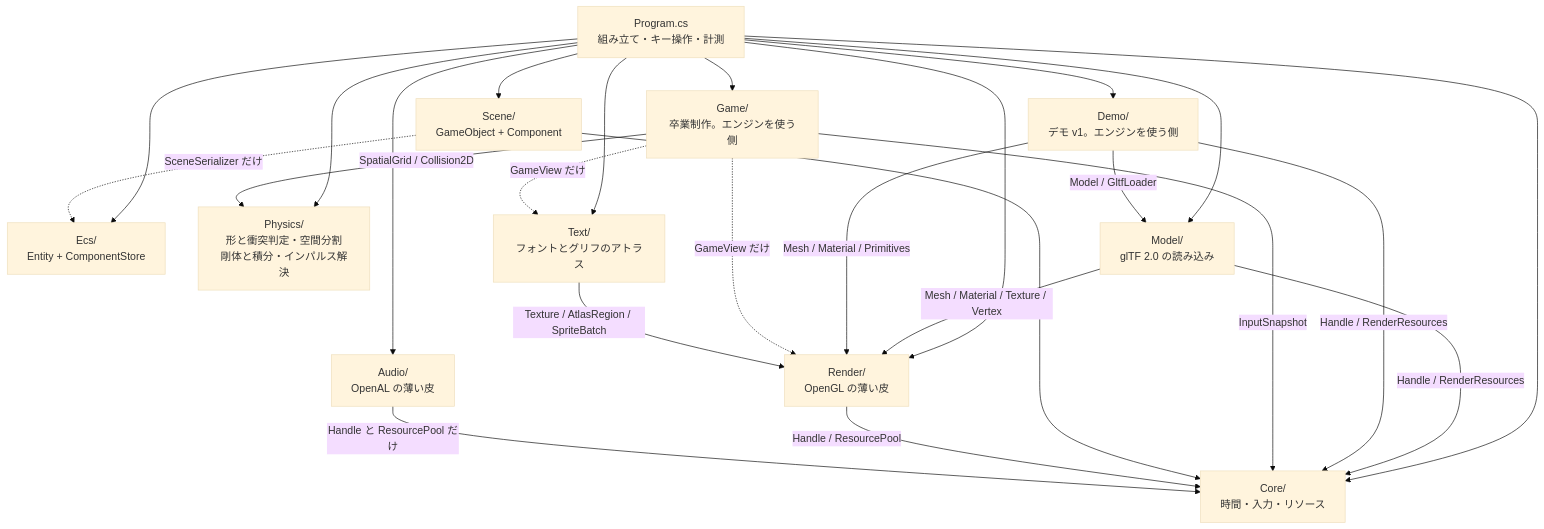
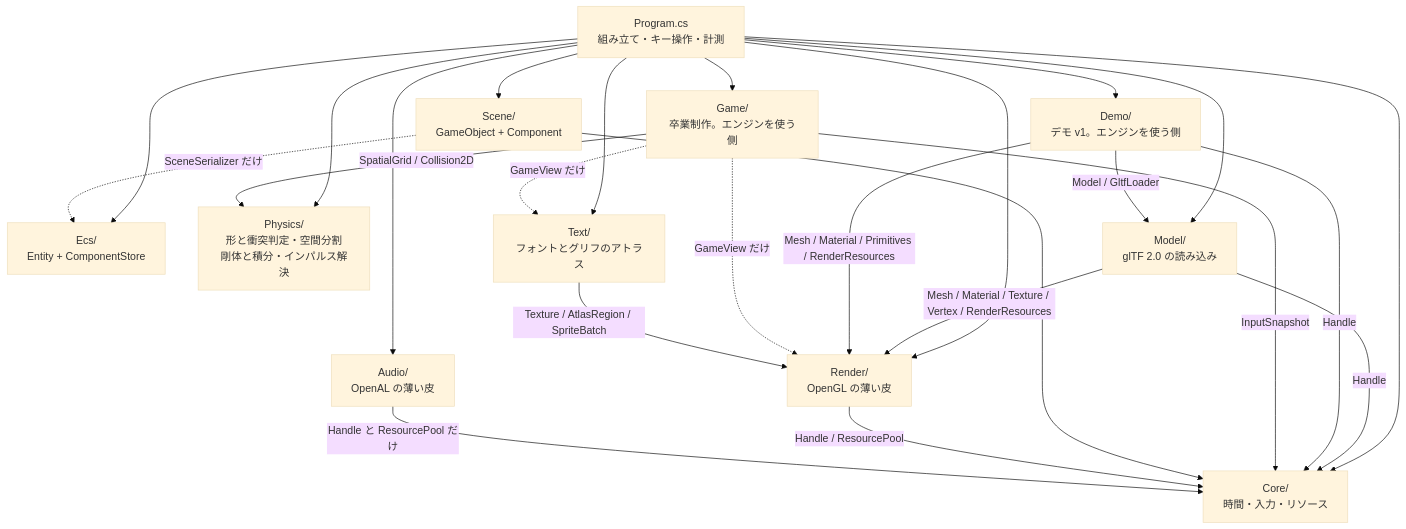
Before and after one commit to honyax/honya-game-engine: the first of 41 diagrams in docs/plans/Day43.md, drawn with Mermaid (base theme). The commit also changed other lines of this file and 20 other files, not shown here.

First line of the commit message:
docs: Day31〜51 の設計書を RenderResources への改名・移動に合わせる

````diff
--- a/docs/plans/Day43.md
+++ b/docs/plans/Day43.md
@@ -581,39 +581,39 @@
 ```mermaid
 graph TD
     DM["Demo/<br/>デモ v1。エンジンを使う側"]
     G["Game/<br/>卒業制作。エンジンを使う側"]
     P["Program.cs<br/>組み立て・キー操作・計測"]
     S["Scene/<br/>GameObject + Component"]
     E["Ecs/<br/>Entity + ComponentStore"]
     PH["Physics/<br/>形と衝突判定・空間分割<br/>剛体と積分・インパルス解決"]
     T["Text/<br/>フォントとグリフのアトラス"]
     MD["Model/<br/>glTF 2.0 の読み込み"]
     R["Render/<br/>OpenGL の薄い皮"]
     A["Audio/<br/>OpenAL の薄い皮"]
     C["Core/<br/>時間・入力・リソース"]
 
     P --> DM
     P --> G
     P --> S
     P --> E
     P --> PH
     P --> T
     P --> MD
     P --> R
     P --> A
     P --> C
-    MD -->|"Mesh / Material / Texture / Vertex"| R
-    MD -->|"Handle / RenderResources"| C
-    DM -->|"Mesh / Material / Primitives"| R
+    MD -->|"Mesh / Material / Texture / Vertex / RenderResources"| R
+    MD -->|"Handle"| C
+    DM -->|"Mesh / Material / Primitives / RenderResources"| R
     DM -->|"Model / GltfLoader"| MD
-    DM -->|"Handle / RenderResources"| C
+    DM -->|"Handle"| C
     G -->|SpatialGrid / Collision2D| PH
     G -->|InputSnapshot| C
     G -.->|GameView だけ| T
     G -.->|GameView だけ| R
     S --> C
     S -.->|SceneSerializer だけ| E
     T -->|Texture / AtlasRegion / SpriteBatch| R
     R -->|Handle / ResourcePool| C
     A -->|Handle と ResourcePool だけ| C
 ```
````
